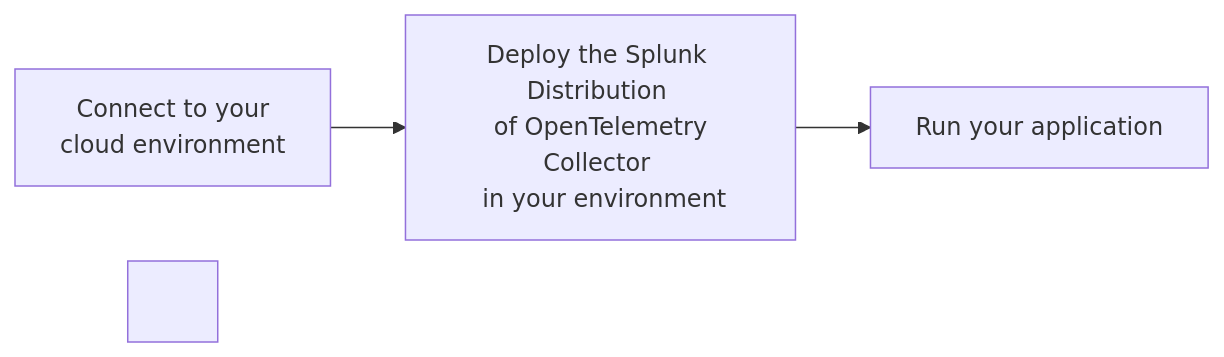
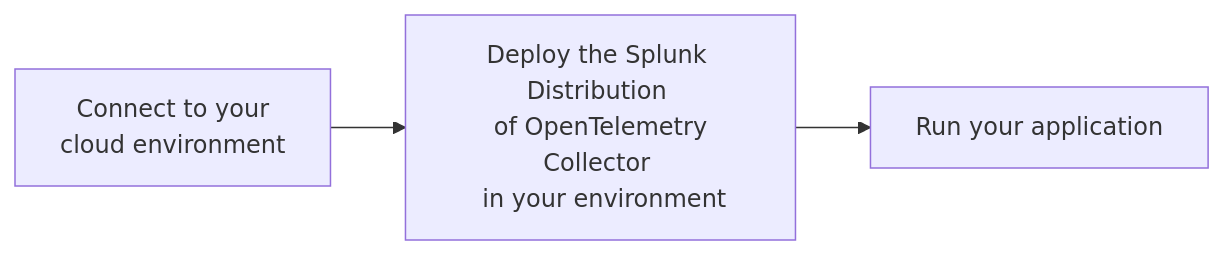
The diagram in gdi/opentelemetry/discovery-mode.rst (splunk/public-o11y-docs), drawn with Mermaid before and after one commit.

Commit message:
diagram fix

```diff
--- a/gdi/opentelemetry/discovery-mode.rst
+++ b/gdi/opentelemetry/discovery-mode.rst
@@ -23,15 +23,14 @@
 .. mermaid::
    
    flowchart LR
 
       accTitle: Automatic discovery and configuration process diagram
       accDescr: Step one. Connect to your cloud environment. Step two. Ensure the OpenTelemetry Collector is running. Step three. Run your application.
 
       X["Connect to your \n cloud environment"]
 
       Y["Deploy the Splunk Distribution \n of OpenTelemetry Collector \n in your environment"]
 
       Z["Run your application"]
       
       X --> Y --> Z
-      \n
```
